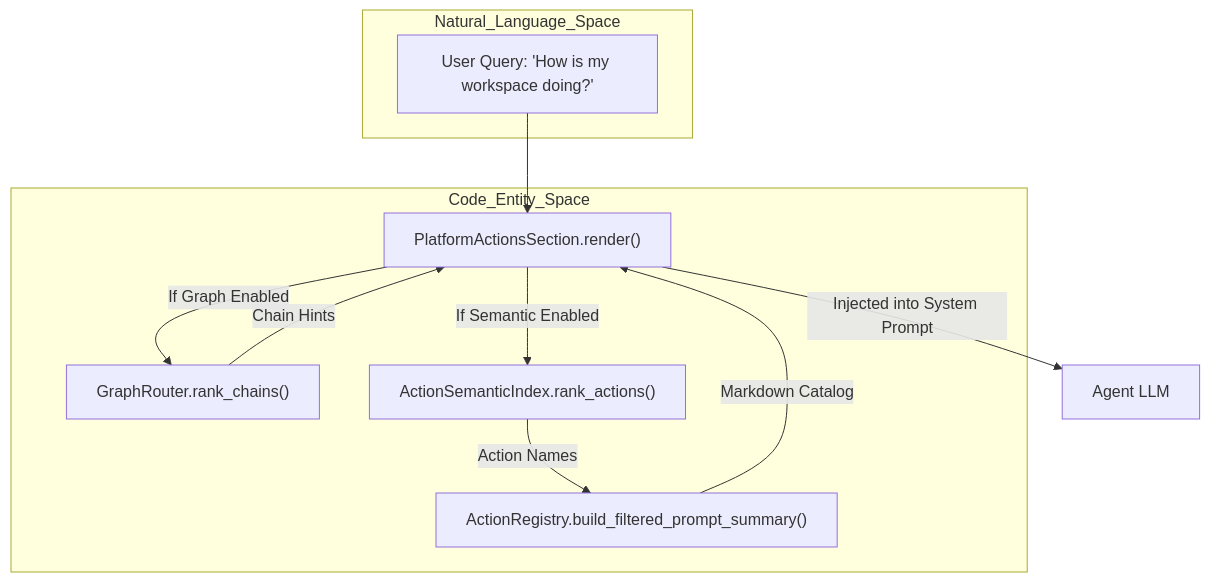
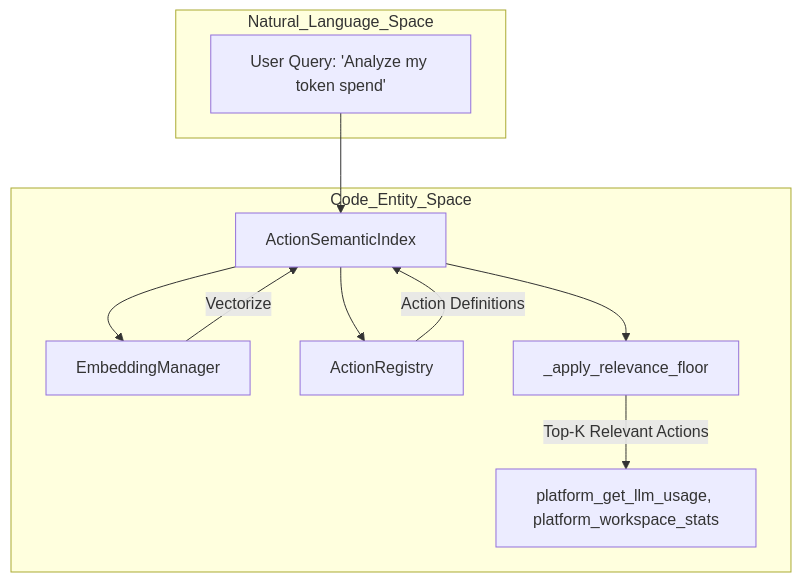
The second of 3 diagrams in docs/platform-actions/platform-actions-discovery.md (AutomatosAI/automatos-ai), drawn with Mermaid before and after one commit. The commit also changed other lines of this file and 191 other files, not shown here.

````diff
--- a/docs/platform-actions/platform-actions-discovery.md
+++ b/docs/platform-actions/platform-actions-discovery.md
@@ -143,21 +119,21 @@
 ```mermaid
 graph TD
     subgraph "Natural_Language_Space"
-        Q["User Query: 'How is my workspace doing?'"]
+        Q["User Query: 'Analyze my token spend'"]
     end
 
     subgraph "Code_Entity_Space"
-        PAS["PlatformActionsSection.render()"]
-        GR["GraphRouter.rank_chains()"]
-        ASI["ActionSemanticIndex.rank_actions()"]
-        AR["ActionRegistry.build_filtered_prompt_summary()"]
+        ASI["ActionSemanticIndex"]
+        EM["EmbeddingManager"]
+        AR["ActionRegistry"]
+        PF["_apply_relevance_floor"]
+        
+        Q --> ASI
+        ASI --> EM
+        EM -->|"Vectorize"| ASI
+        ASI --> AR
+        AR -->|"Action Definitions"| ASI
+        ASI --> PF
+        PF -->|"Top-K Relevant Actions"| Result["platform_get_llm_usage, platform_workspace_stats"]
     end
-
-    Q --> PAS
-    PAS -->|"If Graph Enabled"| GR
-    PAS -->|"If Semantic Enabled"| ASI
-    GR -->|"Chain Hints"| PAS
-    ASI -->|"Action Names"| AR
-    AR -->|"Markdown Catalog"| PAS
-    PAS -->|"Injected into System Prompt"| LLM["Agent LLM"]
 ```
````
